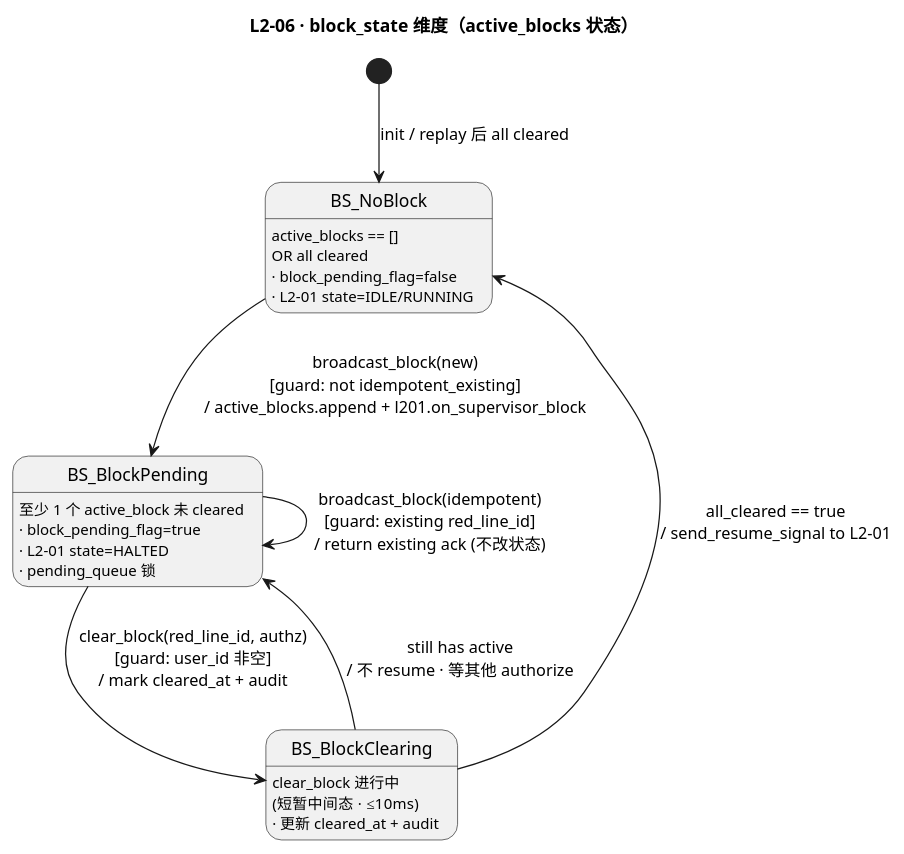
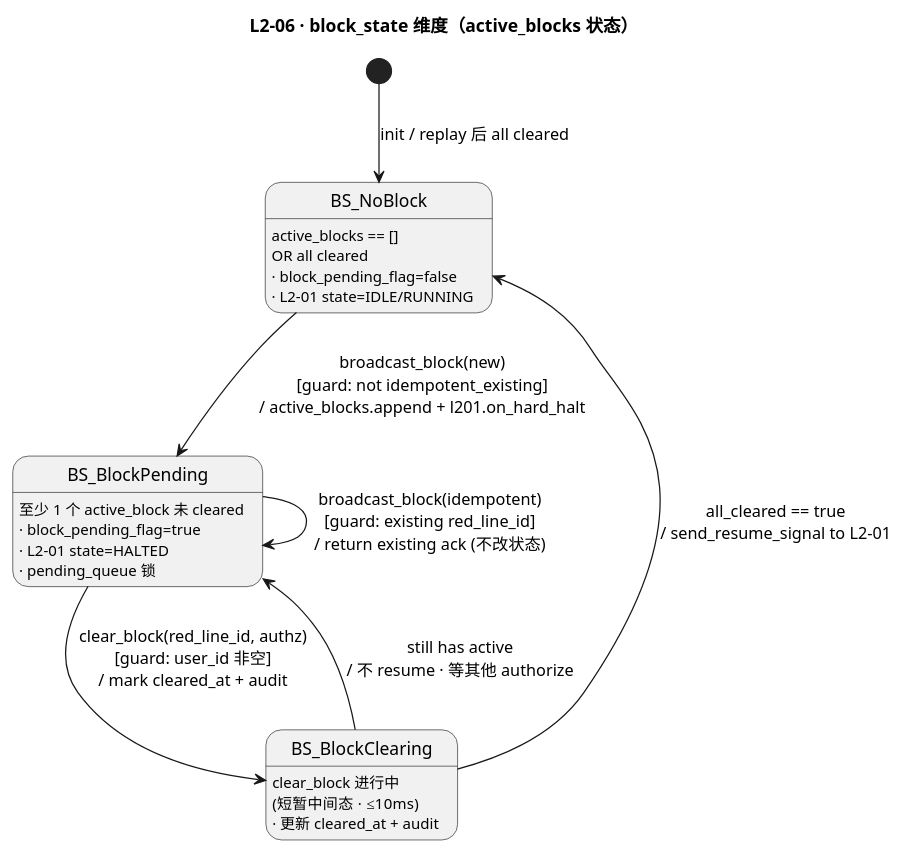
One commit to tianyiwxgm-netizen/harnessFlow changed the sixth of 6 diagrams in docs/3-1-Solution-Technical/L1-01-主 Agent 决策循环/L2-06-Supervisor 建议接收器.md. Above: the diagram before and after it, drawn with PlantUML. The commit also changed other lines of this file and 1 other file, not shown here.

Commit message:
fix(harnessFlow): R2.7 统一 L2-06 调用名 on_hard_halt + L2-02 status 修正

````diff
--- a/docs/3-1-Solution-Technical/L1-01-主 Agent 决策循环/L2-06-Supervisor 建议接收器.md
+++ b/docs/3-1-Solution-Technical/L1-01-主 Agent 决策循环/L2-06-Supervisor 建议接收器.md
@@ -1671,20 +1671,20 @@
 ```plantuml
 @startuml
 title L2-06 · block_state 维度（active_blocks 状态）
 
 [*] --> BS_NoBlock : init / replay 后 all cleared
 
 state BS_NoBlock : active_blocks == []\nOR all cleared\n· block_pending_flag=false\n· L2-01 state=IDLE/RUNNING
 
 state BS_BlockPending : 至少 1 个 active_block 未 cleared\n· block_pending_flag=true\n· L2-01 state=HALTED\n· pending_queue 锁
 
 state BS_BlockClearing : clear_block 进行中\n(短暂中间态 · ≤10ms)\n· 更新 cleared_at + audit
 
-BS_NoBlock --> BS_BlockPending : broadcast_block(new)\n[guard: not idempotent_existing]\n/ active_blocks.append + l201.on_supervisor_block
+BS_NoBlock --> BS_BlockPending : broadcast_block(new)\n[guard: not idempotent_existing]\n/ active_blocks.append + l201.on_hard_halt
 BS_BlockPending --> BS_BlockPending : broadcast_block(idempotent)\n[guard: existing red_line_id]\n/ return existing ack (不改状态)
 BS_BlockPending --> BS_BlockClearing : clear_block(red_line_id, authz)\n[guard: user_id 非空]\n/ mark cleared_at + audit
 BS_BlockClearing --> BS_NoBlock : all_cleared == true\n/ send_resume_signal to L2-01
 BS_BlockClearing --> BS_BlockPending : still has active\n/ 不 resume · 等其他 authorize
 
 @enduml
 ```
````
